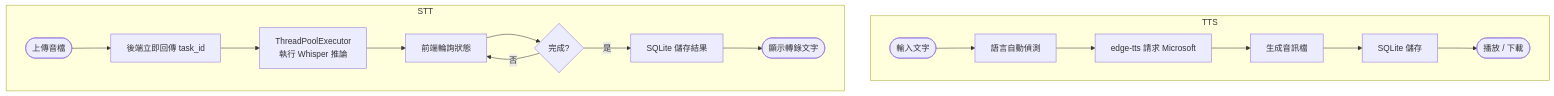
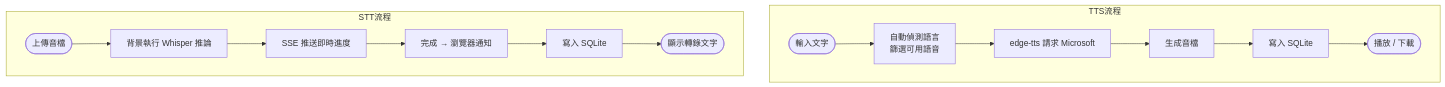
The second of 2 diagrams in src/content/posts/tech/2026-04-23-stt-tts-unified.md (a920604a/engineernews), drawn with Mermaid before and after one commit. The commit also changed other lines of this file and 468 other files, not shown here.

````diff
--- a/src/content/posts/tech/2026-04-23-stt-tts-unified.md
+++ b/src/content/posts/tech/2026-04-23-stt-tts-unified.md
@@ -50,20 +64,18 @@
 ```mermaid
 flowchart TD
-  subgraph TTS
-    A(["輸入文字"]) --> B[語言自動偵測]
-    B --> C[edge-tts 請求 Microsoft]
-    C --> D[生成音訊檔]
-    D --> E[SQLite 儲存]
+  subgraph TTS流程
+    A(["輸入文字"]) --> B["自動偵測語言<br/>篩選可用語音"]
+    B --> C["edge-tts 請求 Microsoft"]
+    C --> D["生成音檔"]
+    D --> E["寫入 SQLite"]
     E --> F(["播放 / 下載"])
   end
 
-  subgraph STT
-    G(["上傳音檔"]) --> H[後端立即回傳 task_id]
-    H --> I[ThreadPoolExecutor\n執行 Whisper 推論]
-    I --> J[前端輪詢狀態]
-    J --> K{完成?}
-    K -- 否 --> J
-    K -- 是 --> L[SQLite 儲存結果]
-    L --> M(["顯示轉錄文字"])
+  subgraph STT流程
+    G(["上傳音檔"]) --> H["背景執行 Whisper 推論"]
+    H --> I["SSE 推送即時進度"]
+    I --> J["完成 → 瀏覽器通知"]
+    J --> K["寫入 SQLite"]
+    K --> L(["顯示轉錄文字"])
   end
 ```
````
